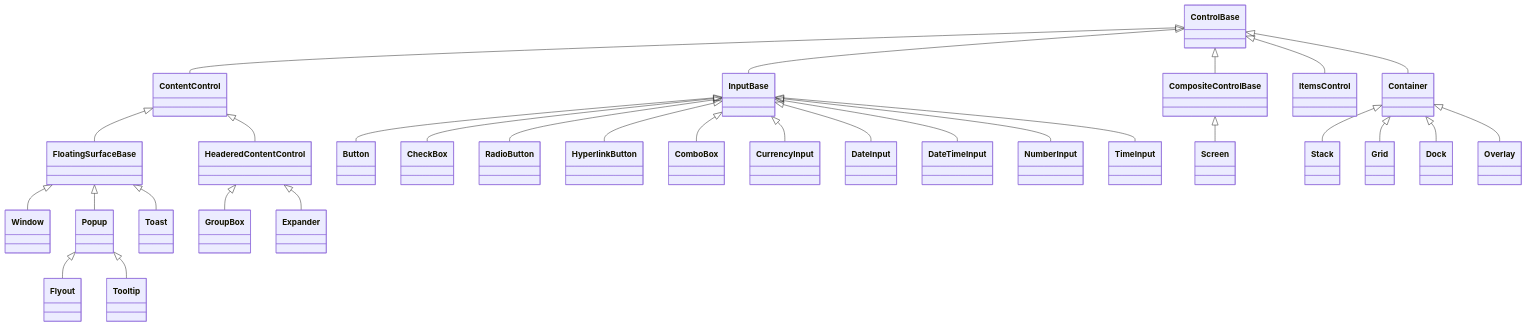
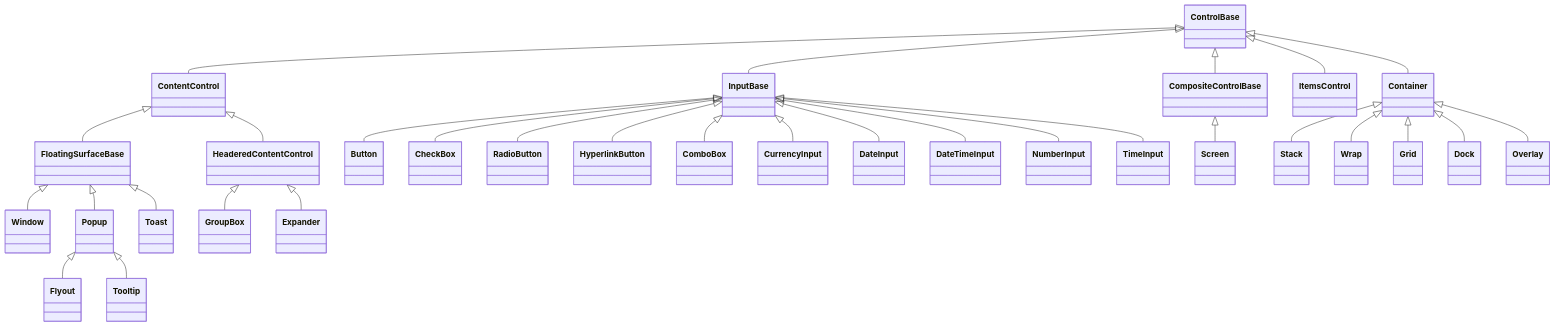
One commit to pavkam/sharp-vision changed the diagram in docs/controls/index.md. Above: the diagram before and after it, drawn with Mermaid. The commit also changed other lines of this file and 7 other files, not shown here.

````diff
--- a/docs/controls/index.md
+++ b/docs/controls/index.md
@@ -17,32 +17,33 @@
 ```mermaid
 classDiagram
     ControlBase <|-- Container
     ControlBase <|-- ContentControl
     ControlBase <|-- CompositeControlBase
     ControlBase <|-- ItemsControl
     ControlBase <|-- InputBase
     ContentControl <|-- FloatingSurfaceBase
     ContentControl <|-- HeaderedContentControl
     FloatingSurfaceBase <|-- Window
     FloatingSurfaceBase <|-- Popup
     FloatingSurfaceBase <|-- Toast
     Popup <|-- Flyout
     Popup <|-- Tooltip
     InputBase <|-- Button
     InputBase <|-- CheckBox
     InputBase <|-- RadioButton
     InputBase <|-- HyperlinkButton
     InputBase <|-- ComboBox
     InputBase <|-- CurrencyInput
     InputBase <|-- DateInput
     InputBase <|-- DateTimeInput
     InputBase <|-- NumberInput
     InputBase <|-- TimeInput
     HeaderedContentControl <|-- GroupBox
     HeaderedContentControl <|-- Expander
     CompositeControlBase <|-- Screen
     Container <|-- Stack
+    Container <|-- Wrap
     Container <|-- Grid
     Container <|-- Dock
     Container <|-- Overlay
 ```
````
